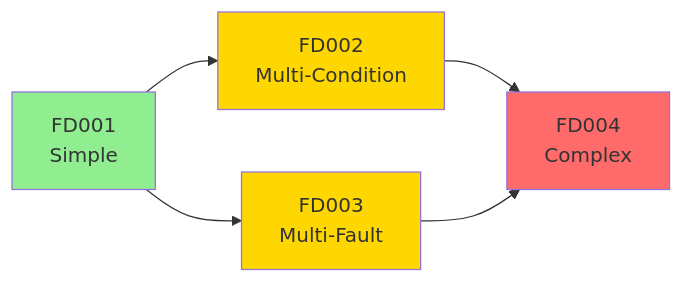
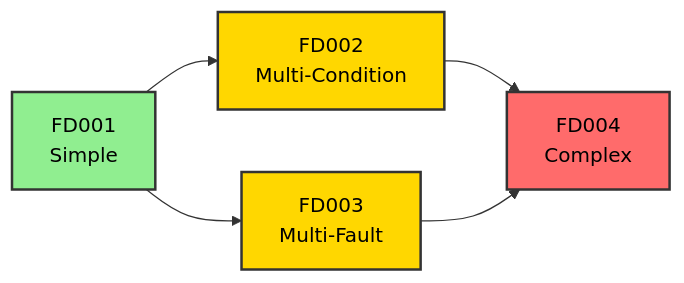
Before and after one commit to nasim-raj-laskar/Real-Time-Aircraft-Engine-Predictive-Maintenance-System: the first of 3 diagrams in docs/01_dataset.md, drawn with Mermaid. The commit also changed other lines of this file and 8 other files, not shown here.

````diff
--- a/docs/01_dataset.md
+++ b/docs/01_dataset.md
@@ -13,12 +13,12 @@
 ```mermaid
 graph LR
     A[FD001<br/>Simple] --> B[FD002<br/>Multi-Condition]
     A --> C[FD003<br/>Multi-Fault]
     B --> D[FD004<br/>Complex]
     C --> D
     
-    style A fill:#90EE90
-    style B fill:#FFD700
-    style C fill:#FFD700
-    style D fill:#FF6B6B
+    style A fill:#90EE90,stroke:#333,stroke-width:2px,color:#000
+    style B fill:#FFD700,stroke:#333,stroke-width:2px,color:#000
+    style C fill:#FFD700,stroke:#333,stroke-width:2px,color:#000
+    style D fill:#FF6B6B,stroke:#333,stroke-width:2px,color:#000
 ```
````
